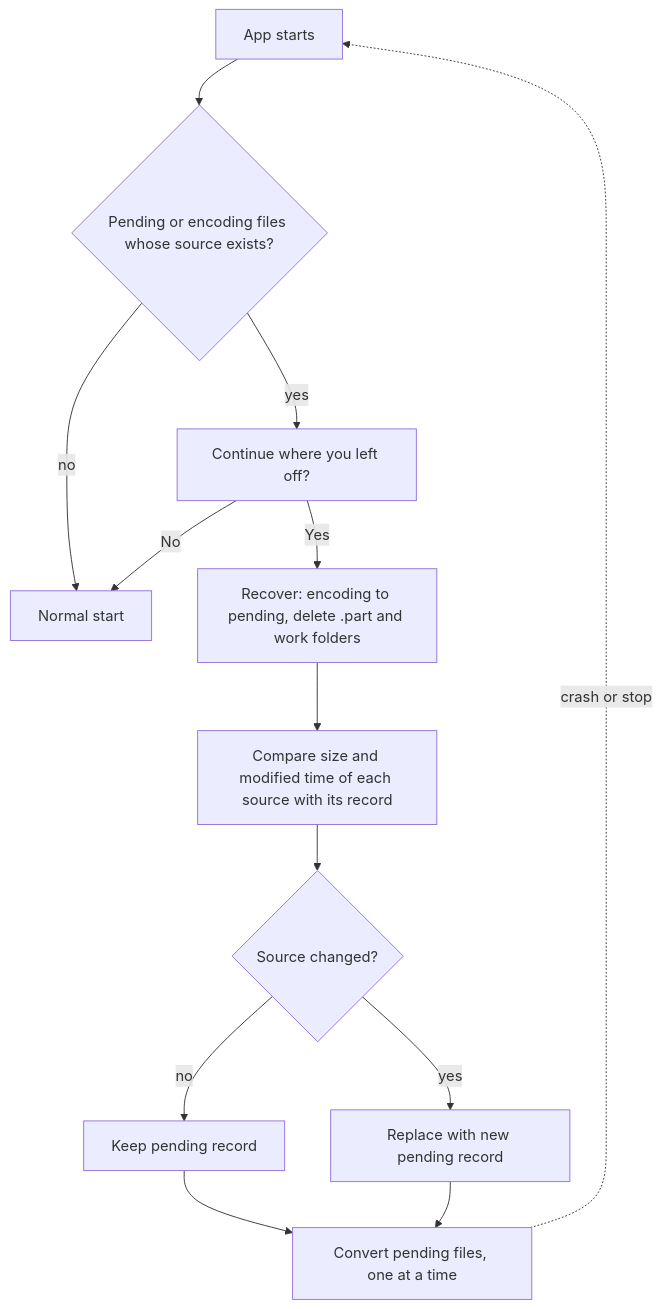
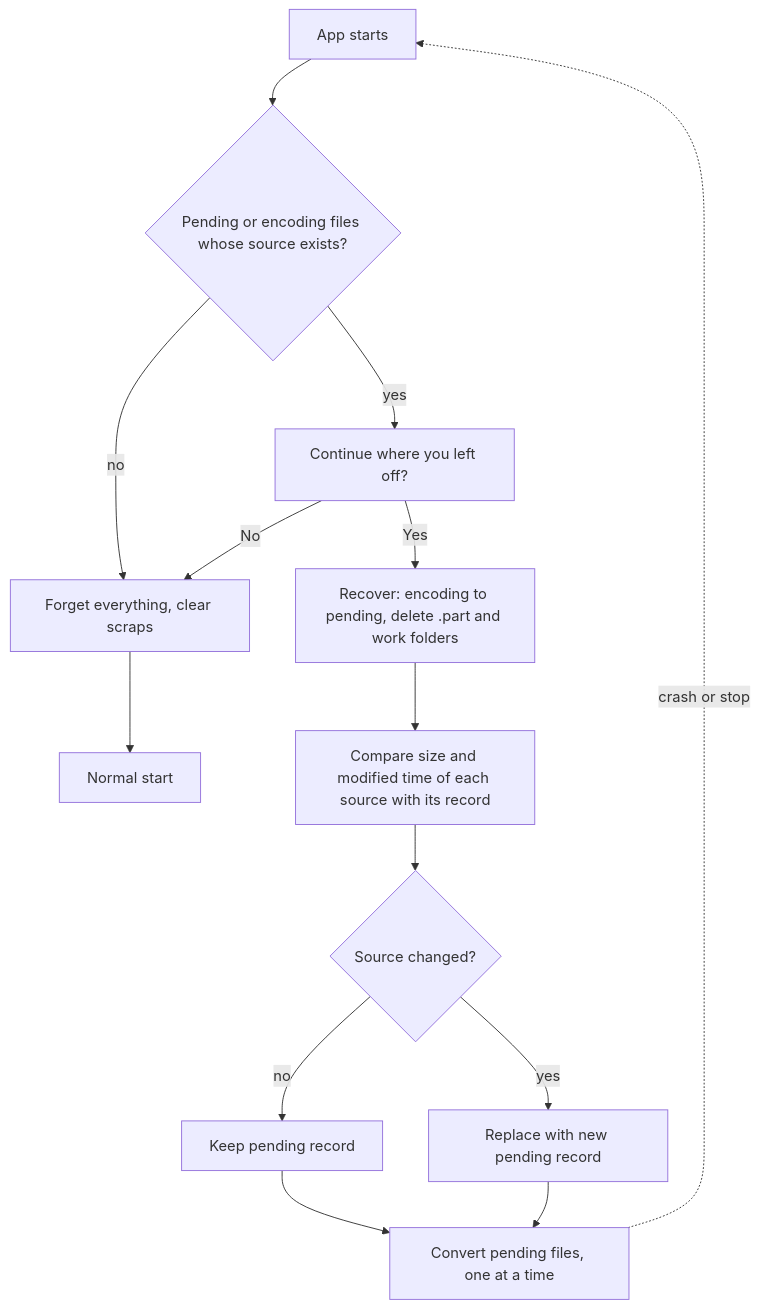
Before and after one commit to BartVG/ClipShrink: the diagram in docs/internals/resume.md, drawn with Mermaid. The commit also changed other lines of this file and 66 other files, not shown here.

````diff
--- a/docs/internals/resume.md
+++ b/docs/internals/resume.md
@@ -19,15 +19,17 @@
 ```mermaid
 flowchart TD
     A["App starts"] --> B{"Pending or encoding files whose source exists?"}
-    B -- no --> Z["Normal start"]
+    B -- no --> Q
+    Z["Normal start"]
     B -- yes --> C["Continue where you left off?"]
-    C -- No --> Z
+    C -- No --> Q["Forget everything, clear scraps"]
+    Q --> Z
     C -- Yes --> D["Recover: encoding to pending, delete .part and work folders"]
     D --> E["Compare size and modified time of each source with its record"]
     E --> F{"Source changed?"}
     F -- no --> G["Keep pending record"]
     F -- yes --> I["Replace with new pending record"]
     G --> J["Convert pending files, one at a time"]
     I --> J
     J -. "crash or stop" .-> A
 ```
````
